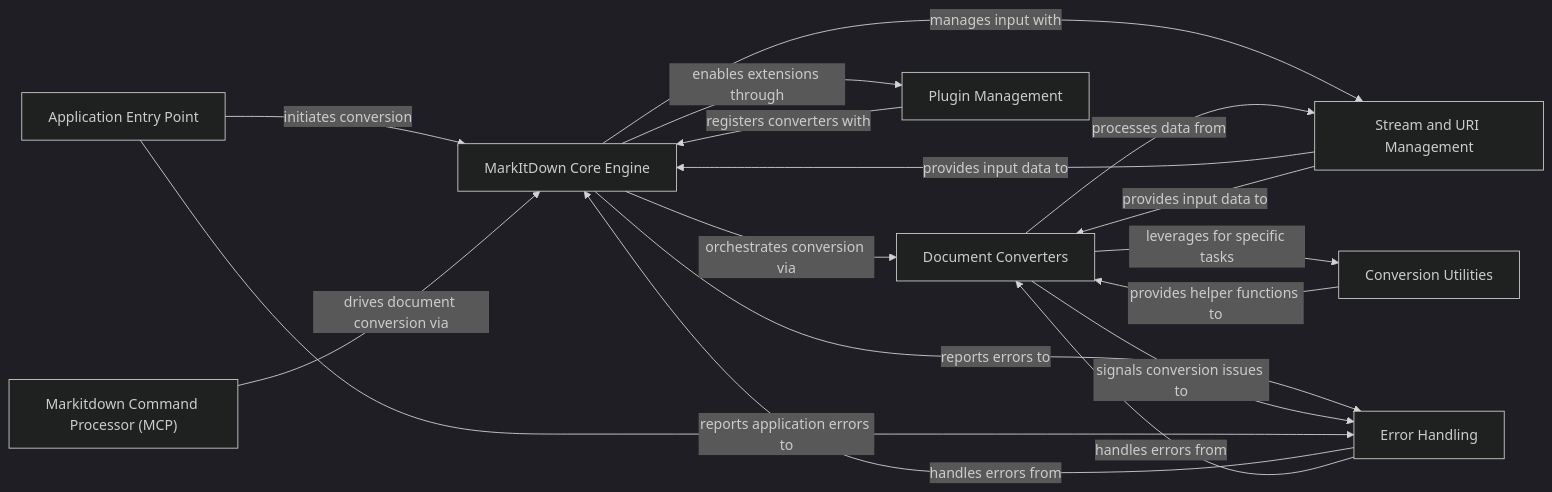
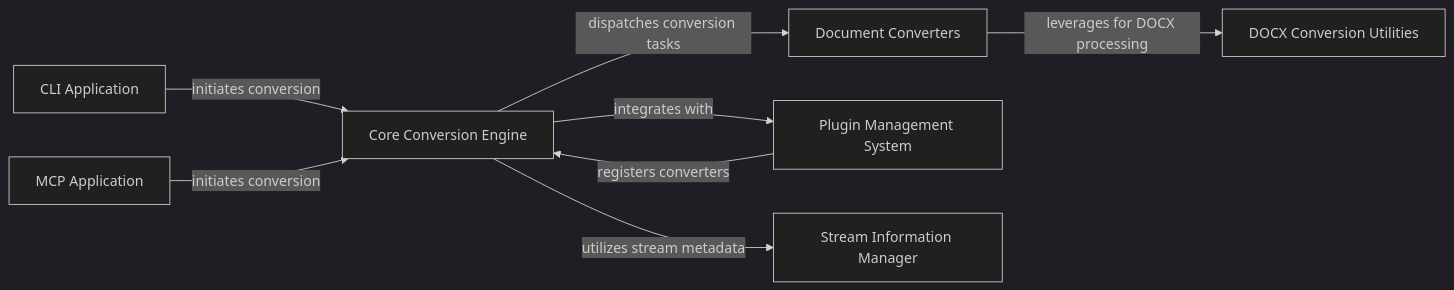
Before and after one commit to CodeBoarding/GeneratedOnBoardings: the diagram in markitdown/on_boarding.md, drawn with Mermaid (dark theme). The commit also changed other lines of this file and 14 other files, not shown here.

````diff
--- a/markitdown/on_boarding.md
+++ b/markitdown/on_boarding.md
@@ -1,35 +1,24 @@
 ```mermaid
 graph LR
-    MarkItDown_Core_Engine["MarkItDown Core Engine"]
+    Core_Conversion_Engine["Core Conversion Engine"]
     Document_Converters["Document Converters"]
-    Stream_and_URI_Management["Stream and URI Management"]
-    Conversion_Utilities["Conversion Utilities"]
-    Error_Handling["Error Handling"]
-    Application_Entry_Point["Application Entry Point"]
-    Plugin_Management["Plugin Management"]
-    Markitdown_Command_Processor_MCP_["Markitdown Command Processor (MCP)"]
-    MarkItDown_Core_Engine -- "orchestrates conversion via" --> Document_Converters
-    MarkItDown_Core_Engine -- "manages input with" --> Stream_and_URI_Management
-    MarkItDown_Core_Engine -- "reports errors to" --> Error_Handling
-    MarkItDown_Core_Engine -- "enables extensions through" --> Plugin_Management
-    Document_Converters -- "processes data from" --> Stream_and_URI_Management
-    Document_Converters -- "leverages for specific tasks" --> Conversion_Utilities
-    Document_Converters -- "signals conversion issues to" --> Error_Handling
-    Stream_and_URI_Management -- "provides input data to" --> MarkItDown_Core_Engine
-    Stream_and_URI_Management -- "provides input data to" --> Document_Converters
-    Conversion_Utilities -- "provides helper functions to" --> Document_Converters
-    Error_Handling -- "handles errors from" --> MarkItDown_Core_Engine
-    Error_Handling -- "handles errors from" --> Document_Converters
-    Application_Entry_Point -- "initiates conversion" --> MarkItDown_Core_Engine
-    Application_Entry_Point -- "reports application errors to" --> Error_Handling
-    Plugin_Management -- "registers converters with" --> MarkItDown_Core_Engine
-    Markitdown_Command_Processor_MCP_ -- "drives document conversion via" --> MarkItDown_Core_Engine
-    click MarkItDown_Core_Engine href "https://github.com/CodeBoarding/GeneratedOnBoardings/blob/main/markitdown/MarkItDown Core Engine.md" "Details"
+    DOCX_Conversion_Utilities["DOCX Conversion Utilities"]
+    CLI_Application["CLI Application"]
+    MCP_Application["MCP Application"]
+    Plugin_Management_System["Plugin Management System"]
+    Stream_Information_Manager["Stream Information Manager"]
+    CLI_Application -- "initiates conversion" --> Core_Conversion_Engine
+    MCP_Application -- "initiates conversion" --> Core_Conversion_Engine
+    Core_Conversion_Engine -- "dispatches conversion tasks" --> Document_Converters
+    Core_Conversion_Engine -- "utilizes stream metadata" --> Stream_Information_Manager
+    Core_Conversion_Engine -- "integrates with" --> Plugin_Management_System
+    Plugin_Management_System -- "registers converters" --> Core_Conversion_Engine
+    Document_Converters -- "leverages for DOCX processing" --> DOCX_Conversion_Utilities
+    click Core_Conversion_Engine href "https://github.com/CodeBoarding/GeneratedOnBoardings/blob/main/markitdown/Core Conversion Engine.md" "Details"
     click Document_Converters href "https://github.com/CodeBoarding/GeneratedOnBoardings/blob/main/markitdown/Document Converters.md" "Details"
-    click Stream_and_URI_Management href "https://github.com/CodeBoarding/GeneratedOnBoardings/blob/main/markitdown/Stream and URI Management.md" "Details"
-    click Conversion_Utilities href "https://github.com/CodeBoarding/GeneratedOnBoardings/blob/main/markitdown/Conversion Utilities.md" "Details"
-    click Error_Handling href "https://github.com/CodeBoarding/GeneratedOnBoardings/blob/main/markitdown/Error Handling.md" "Details"
-    click Application_Entry_Point href "https://github.com/CodeBoarding/GeneratedOnBoardings/blob/main/markitdown/Application Entry Point.md" "Details"
-    click Plugin_Management href "https://github.com/CodeBoarding/GeneratedOnBoardings/blob/main/markitdown/Plugin Management.md" "Details"
-    click Markitdown_Command_Processor_MCP_ href "https://github.com/CodeBoarding/GeneratedOnBoardings/blob/main/markitdown/Markitdown Command Processor (MCP).md" "Details"
+    click DOCX_Conversion_Utilities href "https://github.com/CodeBoarding/GeneratedOnBoardings/blob/main/markitdown/DOCX Conversion Utilities.md" "Details"
+    click CLI_Application href "https://github.com/CodeBoarding/GeneratedOnBoardings/blob/main/markitdown/CLI Application.md" "Details"
+    click MCP_Application href "https://github.com/CodeBoarding/GeneratedOnBoardings/blob/main/markitdown/MCP Application.md" "Details"
+    click Plugin_Management_System href "https://github.com/CodeBoarding/GeneratedOnBoardings/blob/main/markitdown/Plugin Management System.md" "Details"
+    click Stream_Information_Manager href "https://github.com/CodeBoarding/GeneratedOnBoardings/blob/main/markitdown/Stream Information Manager.md" "Details"
 ```
````
